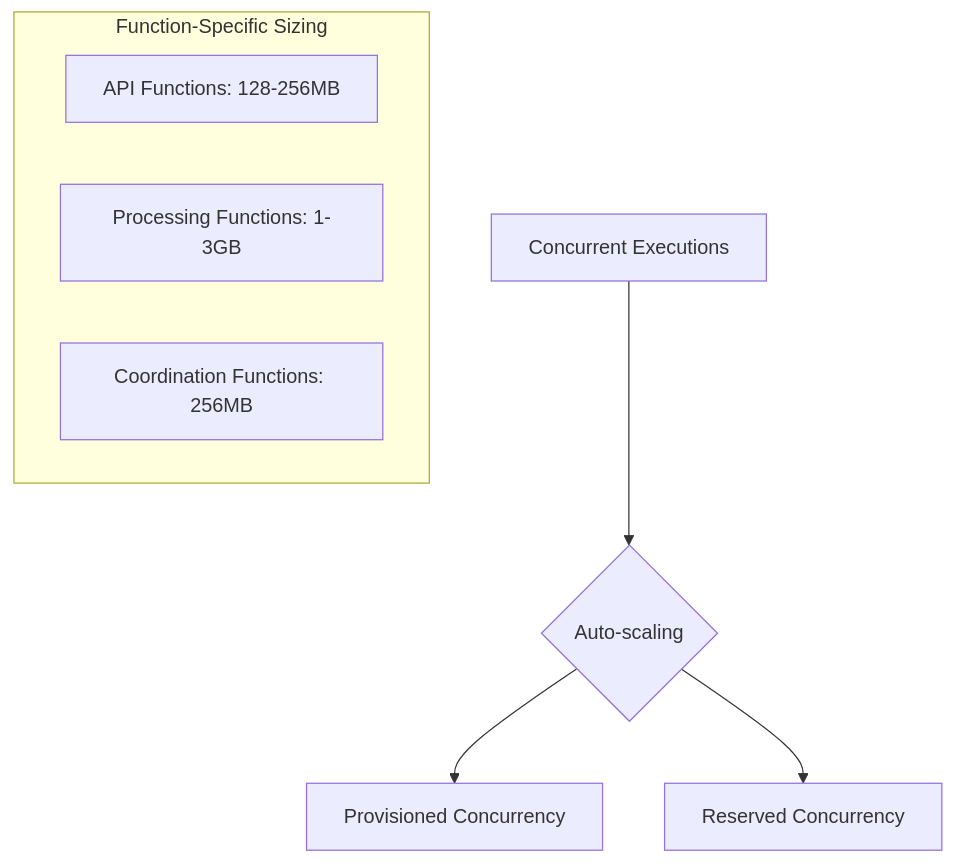
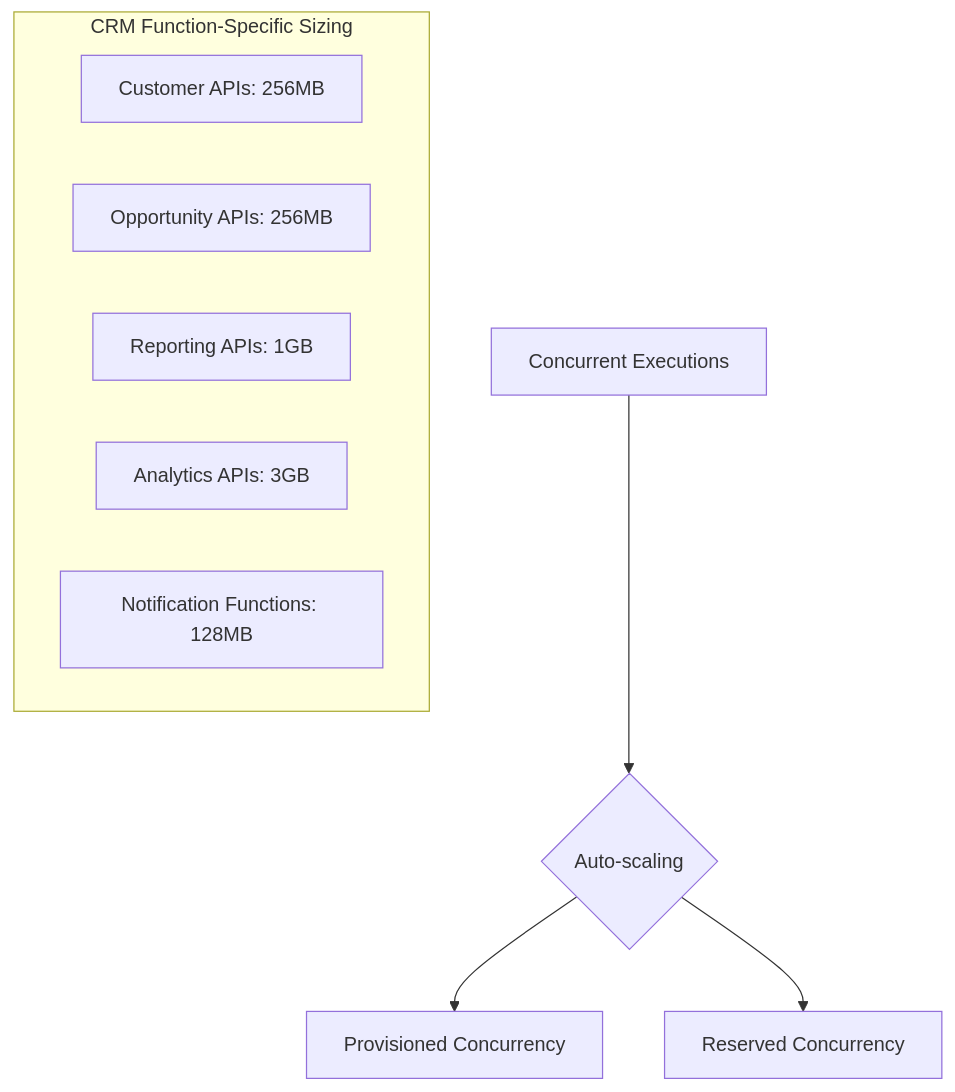
One commit to philkunz/fargate changed the seventh of 12 diagrams in architecture/scaling.md. Above: the diagram before and after it, drawn with Mermaid. The commit also changed other lines of this file and 11 other files, not shown here.

Commit message:
feat(documentation): Revamp Zebros CRM serverless architecture documentation with updated diagrams, expanded API, authentication, long-running tasks, data storage, and scaling details

````diff
--- a/architecture/scaling.md
+++ b/architecture/scaling.md
@@ -134,12 +170,14 @@
 ```mermaid
 graph TD
     ConcurrencyMetric[Concurrent Executions] --> AutoScale{Auto-scaling}
     AutoScale --> ProvisionedConcurrency[Provisioned Concurrency]
     AutoScale --> ReservedConcurrency[Reserved Concurrency]
     
-    subgraph "Function-Specific Sizing"
-        APIFunctions[API Functions: 128-256MB]
-        ProcessingFunctions[Processing Functions: 1-3GB]
-        CoordinationFunctions[Coordination Functions: 256MB]
+    subgraph "CRM Function-Specific Sizing"
+        CustomerAPIs[Customer APIs: 256MB]
+        OpportunityAPIs[Opportunity APIs: 256MB]
+        ReportingAPIs[Reporting APIs: 1GB]
+        AnalyticsAPIs[Analytics APIs: 3GB]
+        NotificationFunctions[Notification Functions: 128MB]
     end
 ```
````
